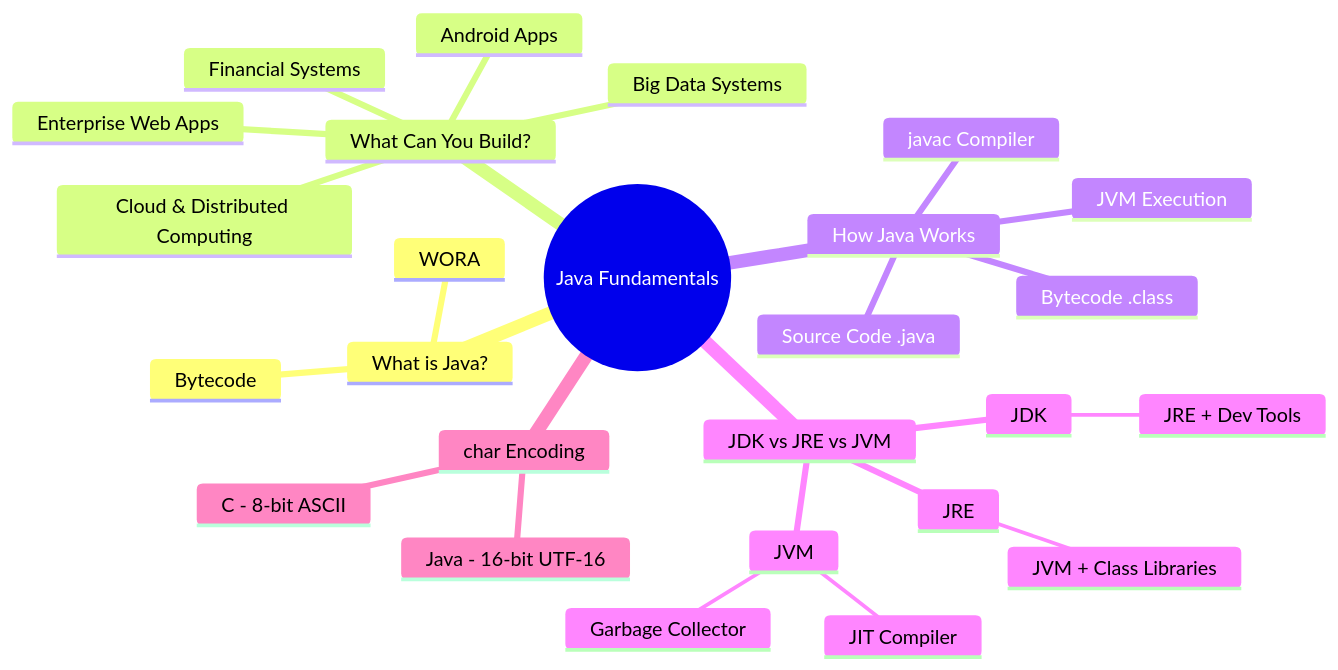
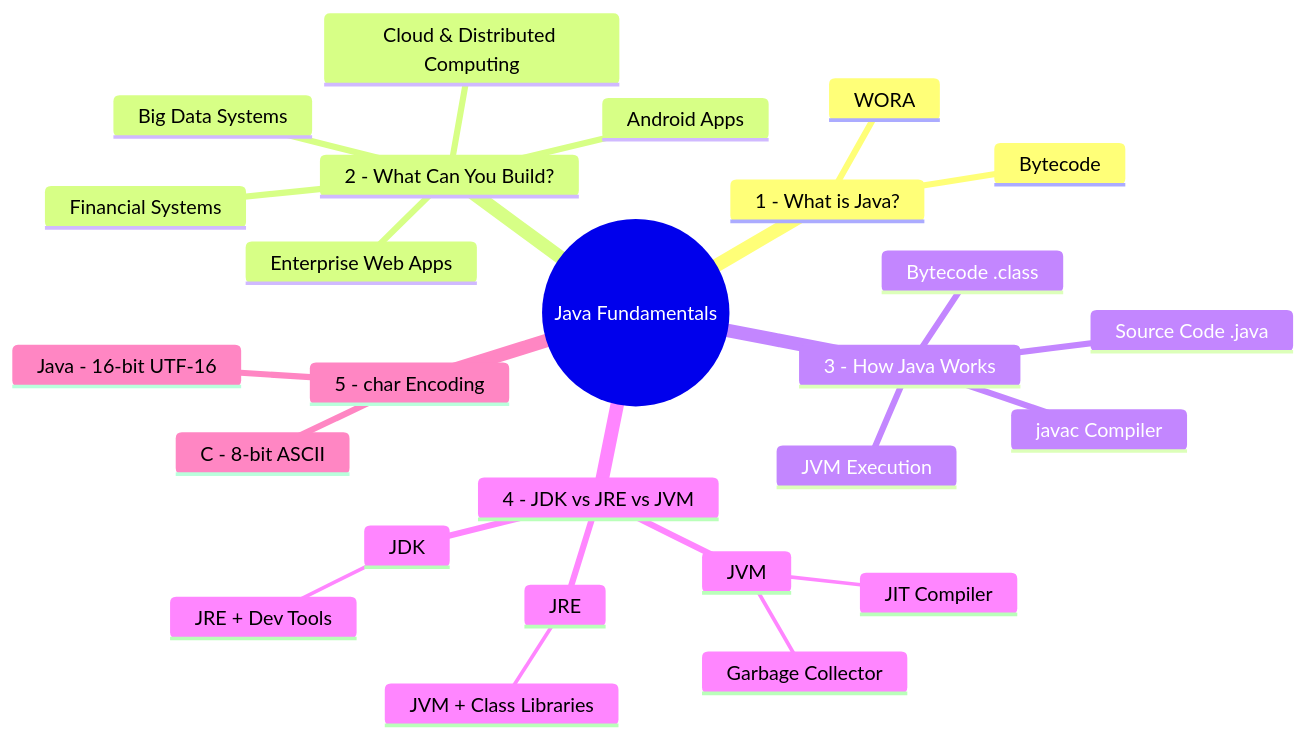
The diagram in 01. The Fundamentals/README.md (see-yaam/Object-Oriented-Programming-in-JAVA), drawn with Mermaid before and after one commit.

Commit message:
Update README.md for Java Fundamentals section

````diff
--- a/01. The Fundamentals/README.md
+++ b/01. The Fundamentals/README.md
@@ -17,29 +17,29 @@
 ```mermaid
 mindmap
   root((Java Fundamentals))
-    What is Java?
+    1 - What is Java?
       WORA
       Bytecode
-    What Can You Build?
+    2 - What Can You Build?
       Enterprise Web Apps
       Android Apps
       Big Data Systems
       Financial Systems
       Cloud & Distributed Computing
-    How Java Works
+    3 - How Java Works
       Source Code .java
       javac Compiler
       Bytecode .class
       JVM Execution
-    JDK vs JRE vs JVM
+    4 - JDK vs JRE vs JVM
       JVM
         JIT Compiler
         Garbage Collector
       JRE
         JVM + Class Libraries
       JDK
         JRE + Dev Tools
-    char Encoding
+    5 - char Encoding
       C - 8-bit ASCII
       Java - 16-bit UTF-16
 ```
````
